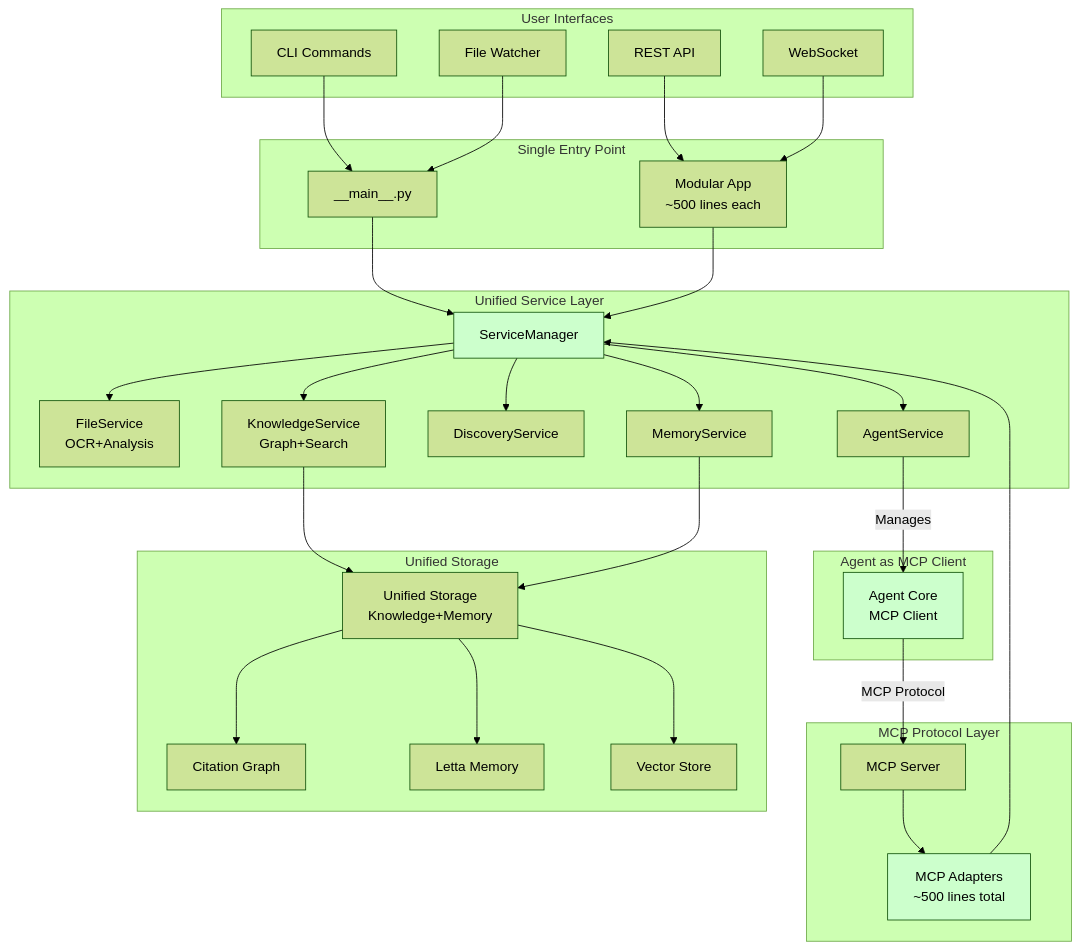
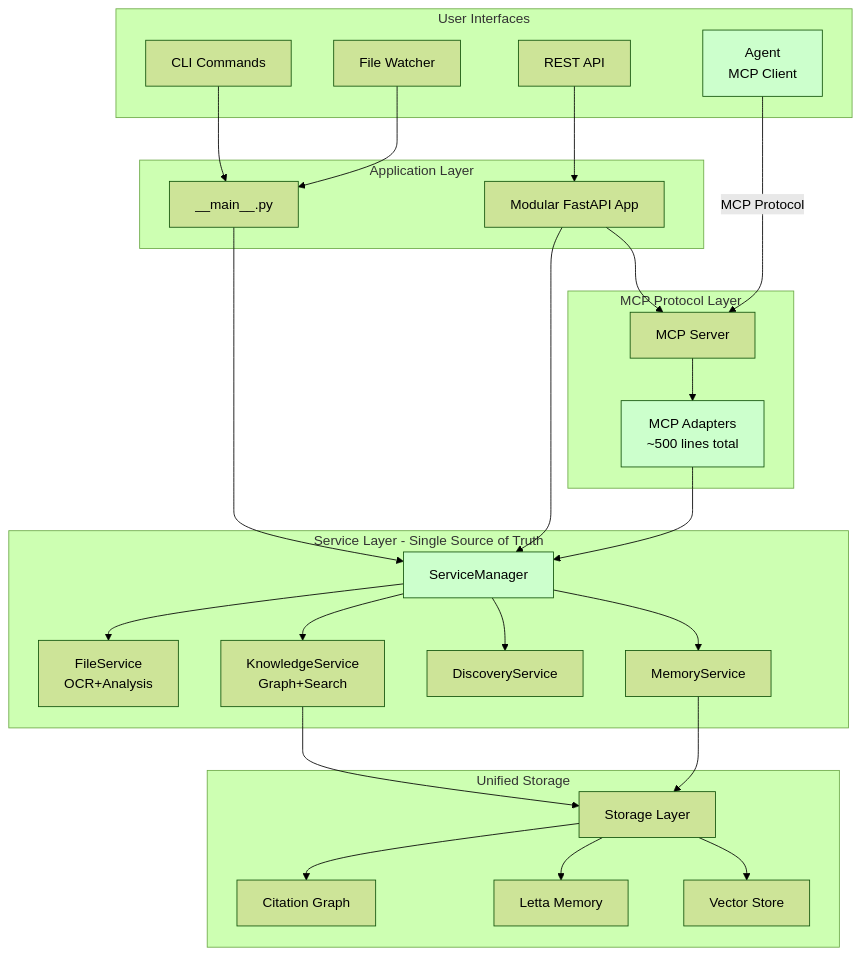
The second of 2 diagrams in planning/code_review_report.md (acertainKnight/project-thoth), drawn with Mermaid (forest theme) before and after one commit. The commit also changed other lines of this file, not shown here.

Commit message:
Refactor architecture: Consolidate services, remove duplicate implementations

````diff
--- a/planning/code_review_report.md
+++ b/planning/code_review_report.md
@@ -1013,73 +116,66 @@
 ```mermaid
 graph TB
     subgraph "User Interfaces"
         CLI[CLI Commands]
         Watch[File Watcher]
         API[REST API]
-        WS[WebSocket]
+        Agent[Agent<br/>MCP Client]
     end
 
-    subgraph "Single Entry Point"
+    subgraph "Application Layer"
         Main[__main__.py]
-        App[Modular App<br/>~500 lines each]
-    end
-
-    subgraph "Unified Service Layer"
-        SM[ServiceManager]
-        FS[FileService<br/>OCR+Analysis]
-        KS[KnowledgeService<br/>Graph+Search]
-        DS[DiscoveryService]
-        MS[MemoryService]
-        AS[AgentService]
+        App[Modular FastAPI App]
     end
 
     subgraph "MCP Protocol Layer"
         MCPS[MCP Server]
         MCPA[MCP Adapters<br/>~500 lines total]
     end
 
-    subgraph "Agent as MCP Client"
-        Agent[Agent Core<br/>MCP Client]
+    subgraph "Service Layer - Single Source of Truth"
+        SM[ServiceManager]
+        FS[FileService<br/>OCR+Analysis]
+        KS[KnowledgeService<br/>Graph+Search]
+        DS[DiscoveryService]
+        MS[MemoryService]
     end
 
     subgraph "Unified Storage"
-        USG[Unified Storage<br/>Knowledge+Memory]
+        USG[Storage Layer]
         CG[Citation Graph]
         Letta[Letta Memory]
         VS[Vector Store]
     end
 
     %% Clean connections
     CLI --> Main
     Watch --> Main
     API --> App
-    WS --> App
     
     Main --> SM
     App --> SM
-
-    SM --> FS
-    SM --> KS
-    SM --> DS
-    SM --> MS
-    SM --> AS
+    App --> MCPS
 
     %% MCP as universal protocol
     MCPS --> MCPA
     MCPA --> SM
 
     %% Agent uses MCP
     Agent -->|MCP Protocol| MCPS
-    AS -->|Manages| Agent
 
-    %% Storage
+    %% Services to Storage
+    SM --> FS
+    SM --> KS
+    SM --> DS
+    SM --> MS
+    
     KS --> USG
     MS --> USG
     USG --> CG
     USG --> Letta
     USG --> VS
 
     style SM fill:#ccffcc
     style MCPA fill:#ccffcc
     style Agent fill:#ccffcc
 ```
````
